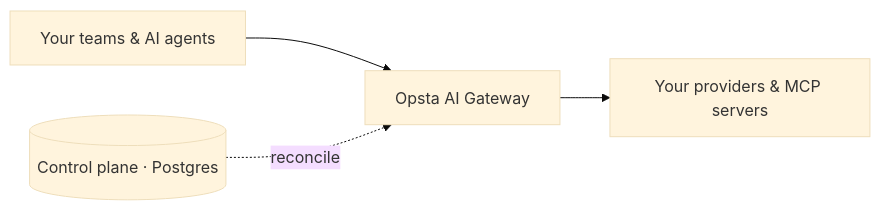
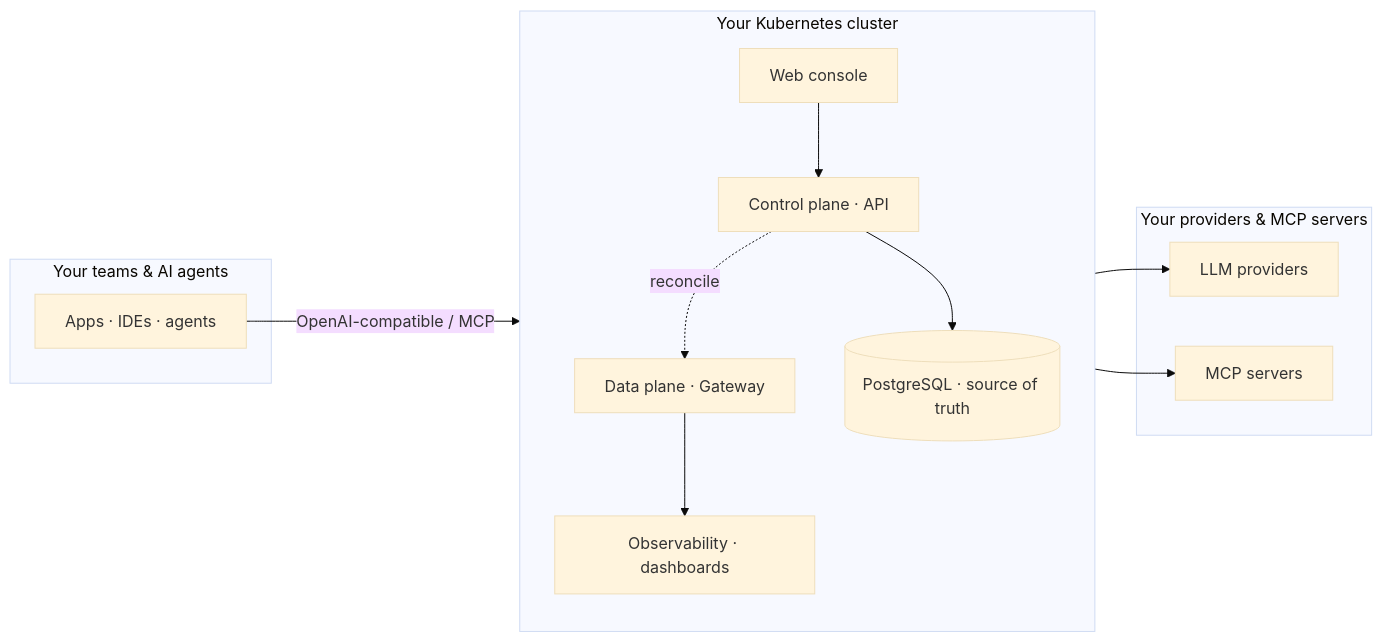
The diagram in docs/overview/architecture.md (opsta/opsta-ai-gateway-docs), drawn with Mermaid (base theme) before and after one commit. The commit also changed other lines of this file and 14 other files, not shown here.

First line of the commit message:
docs(overview): Phase 1 content — what-is, concepts, architecture, lifecycle, multi-tenancy

````diff
--- a/docs/overview/architecture.md
+++ b/docs/overview/architecture.md
@@ -5,6 +6,25 @@
 ```mermaid
 flowchart LR
-  A[Your teams & AI agents] --> GW[Opsta AI Gateway]
-  GW --> P[Your providers & MCP servers]
-  CP[(Control plane · Postgres)] -. reconcile .-> GW
+  subgraph clients[Your teams & AI agents]
+    A[Apps · IDEs · agents]
+  end
+  subgraph cluster[Your Kubernetes cluster]
+    direction TB
+    GW[Data plane · Gateway]
+    CP[Control plane · API]
+    DB[(PostgreSQL · source of truth)]
+    CON[Web console]
+    OBS[Observability · dashboards]
+    CON --> CP
+    CP --> DB
+    CP -. reconcile .-> GW
+    GW --> OBS
+  end
+  subgraph upstreams[Your providers & MCP servers]
+    P[LLM providers]
+    M[MCP servers]
+  end
+  A -->|OpenAI-compatible / MCP| GW
+  GW --> P
+  GW --> M
 ```
````
